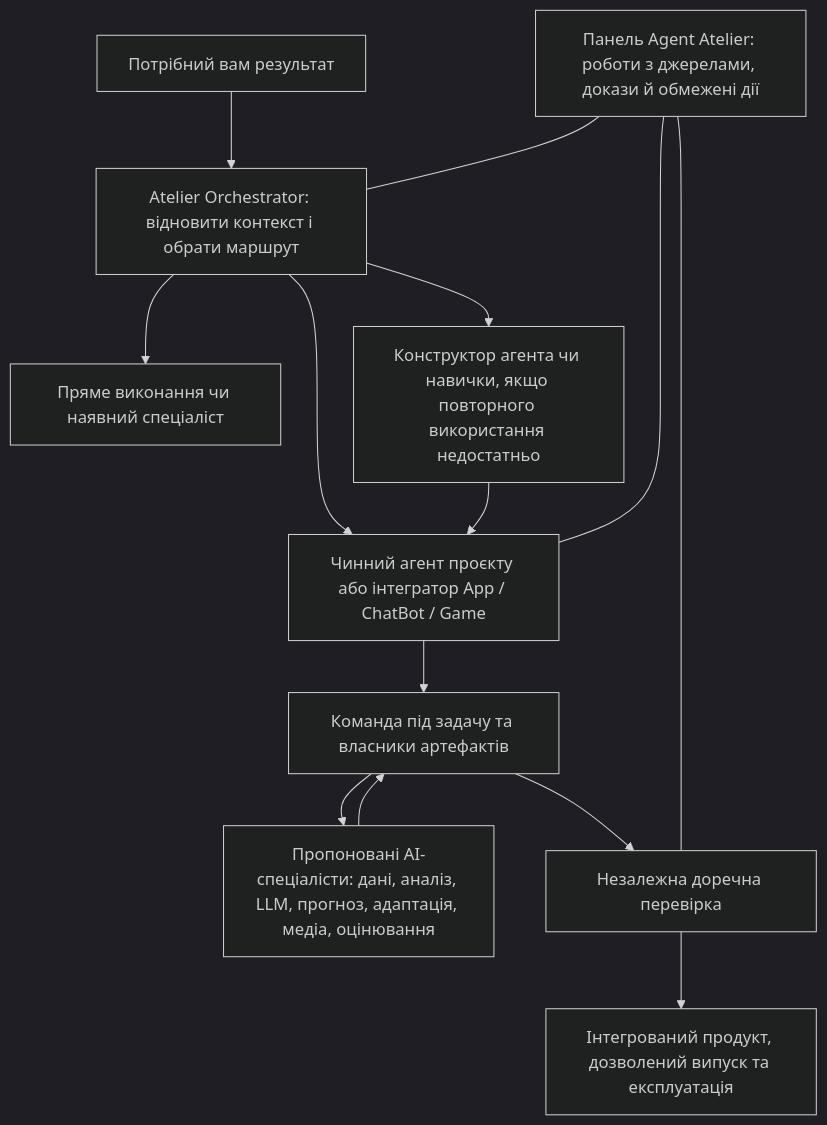
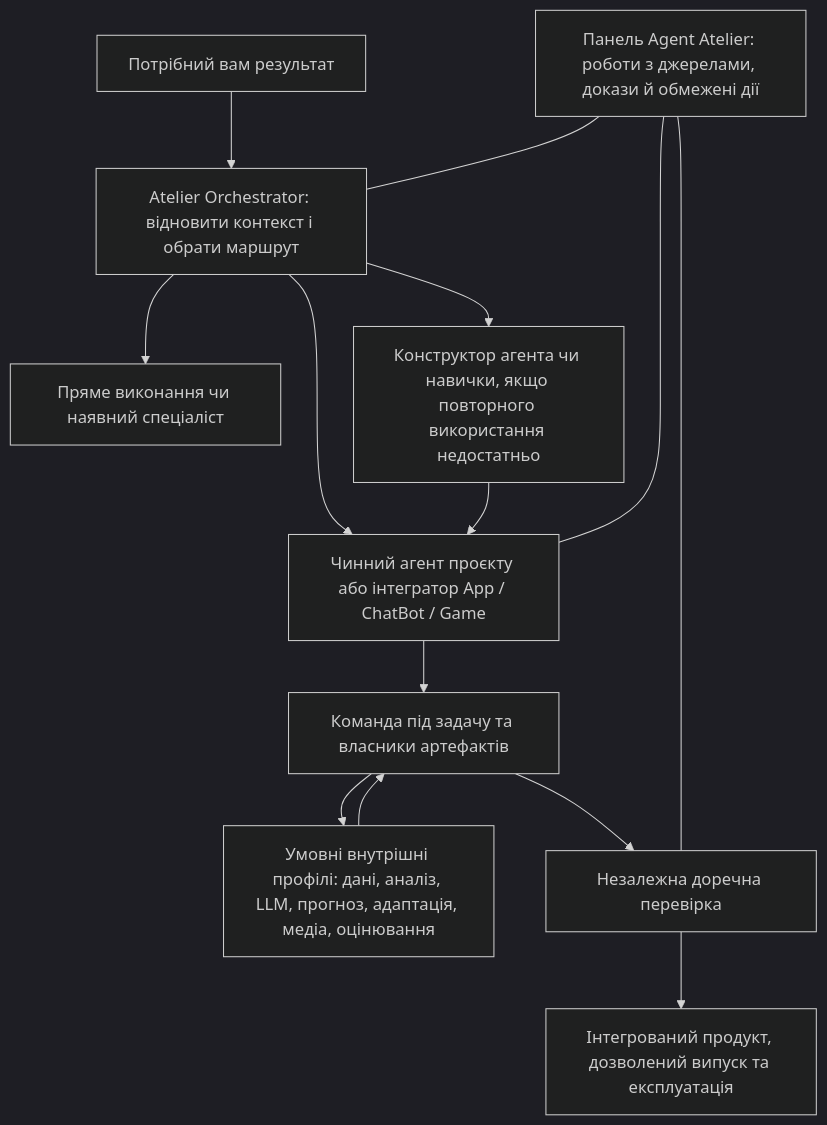
One commit to alex-hohaizel/codex-agents changed the diagram in docs/evolution/2026-11-10/README.uk.md. Above: the diagram before and after it, drawn with Mermaid (dark theme). The commit also changed other lines of this file and 40 other files, not shown here.

````diff
--- a/docs/evolution/2026-11-10/README.uk.md
+++ b/docs/evolution/2026-11-10/README.uk.md
@@ -28,16 +29,16 @@
 ```mermaid
 flowchart TD
   U[Потрібний вам результат] --> O[Atelier Orchestrator: відновити контекст і обрати маршрут]
   O --> D[Пряме виконання чи наявний спеціаліст]
   O --> P[Чинний агент проєкту або інтегратор App / ChatBot / Game]
   O --> F[Конструктор агента чи навички, якщо повторного використання недостатньо]
   F --> P
   P --> T[Команда під задачу та власники артефактів]
-  T --> A[Пропоновані AI-спеціалісти: дані, аналіз, LLM, прогноз, адаптація, медіа, оцінювання]
+  T --> A[Умовні внутрішні профілі: дані, аналіз, LLM, прогноз, адаптація, медіа, оцінювання]
   A --> T
   T --> Q[Незалежна доречна перевірка]
   Q --> R[Інтегрований продукт, дозволений випуск та експлуатація]
   B[Панель Agent Atelier: роботи з джерелами, докази й обмежені дії] --- O
   B --- P
   B --- Q
 ```
````
